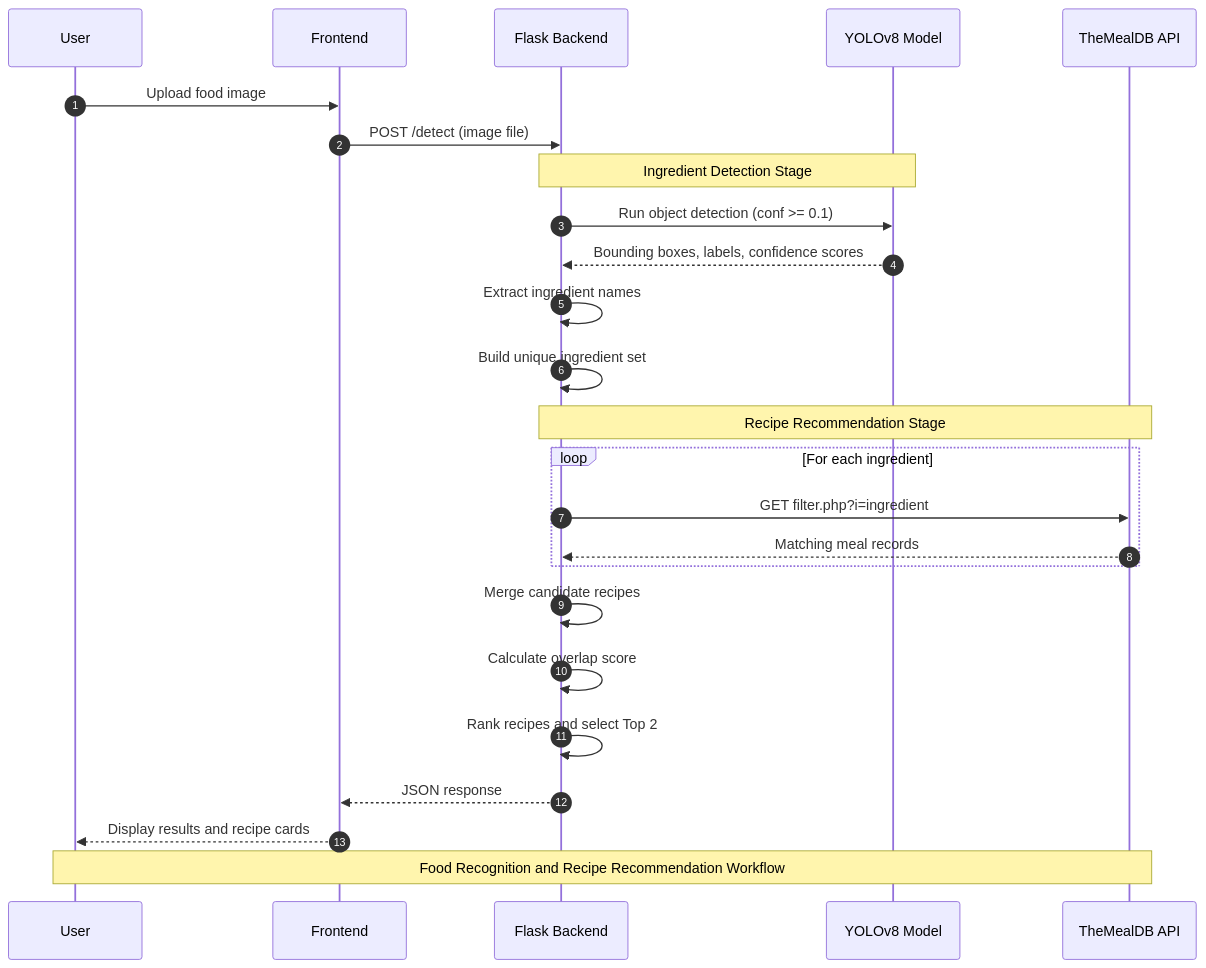
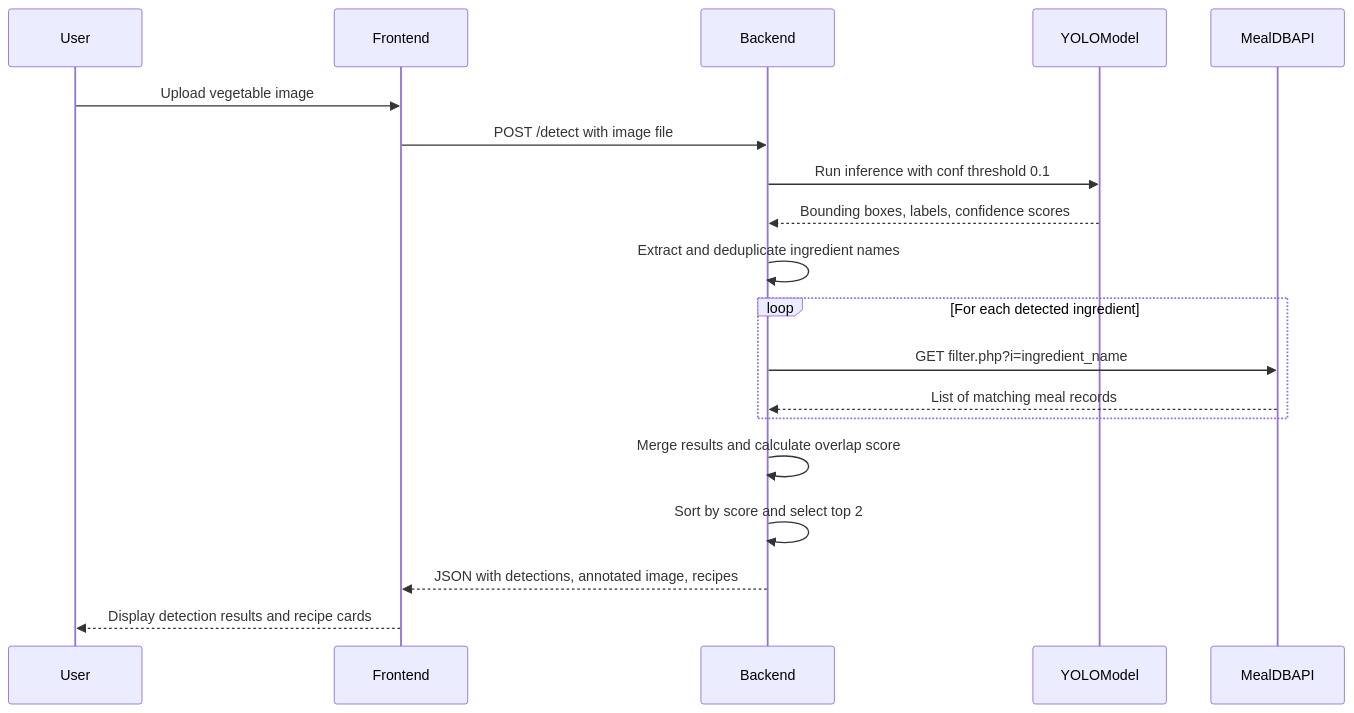
The second of 4 diagrams in README.md (siddhivlad/VeggieSense), drawn with Mermaid before and after one commit. The commit also changed other lines of this file, not shown here.

````diff
--- a/README.md
+++ b/README.md
@@ -113,38 +93,22 @@
 ```mermaid
 sequenceDiagram
-    autonumber
+    participant User
+    participant Frontend
+    participant Backend
+    participant YOLOModel
+    participant MealDBAPI
 
-    participant U as User
-    participant F as Frontend
-    participant B as Flask Backend
-    participant M as YOLOv8 Model
-    participant A as TheMealDB API
-
-    U->>F: Upload food image
-
-    F->>B: POST /detect (image file)
-
-    Note over B,M: Ingredient Detection Stage
-
-    B->>M: Run object detection (conf >= 0.1)
-    M-->>B: Bounding boxes, labels, confidence scores
-
-    B->>B: Extract ingredient names
-    B->>B: Build unique ingredient set
-
-    Note over B,A: Recipe Recommendation Stage
-
-    loop For each ingredient
-        B->>A: GET filter.php?i=ingredient
-        A-->>B: Matching meal records
+    User->>Frontend: Upload vegetable image
+    Frontend->>Backend: POST /detect with image file
+    Backend->>YOLOModel: Run inference with conf threshold 0.1
+    YOLOModel-->>Backend: Bounding boxes, labels, confidence scores
+    Backend->>Backend: Extract and deduplicate ingredient names
+    loop For each detected ingredient
+        Backend->>MealDBAPI: GET filter.php?i=ingredient_name
+        MealDBAPI-->>Backend: List of matching meal records
     end
-
-    B->>B: Merge candidate recipes
-    B->>B: Calculate overlap score
-    B->>B: Rank recipes and select Top 2
-
-    B-->>F: JSON response
-    F-->>U: Display results and recipe cards
-
-    Note over U,A: Food Recognition and Recipe Recommendation Workflow
+    Backend->>Backend: Merge results and calculate overlap score
+    Backend->>Backend: Sort by score and select top 2
+    Backend-->>Frontend: JSON with detections, annotated image, recipes
+    Frontend-->>User: Display detection results and recipe cards
 ```
````
